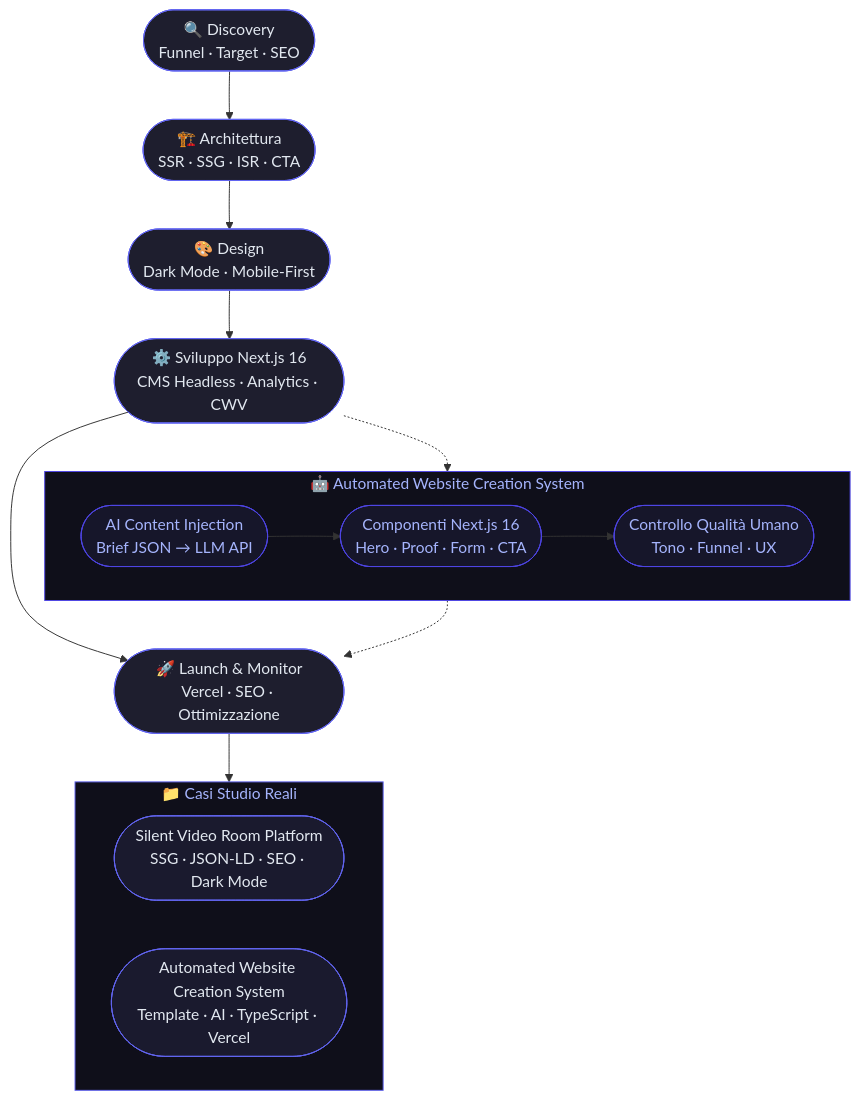
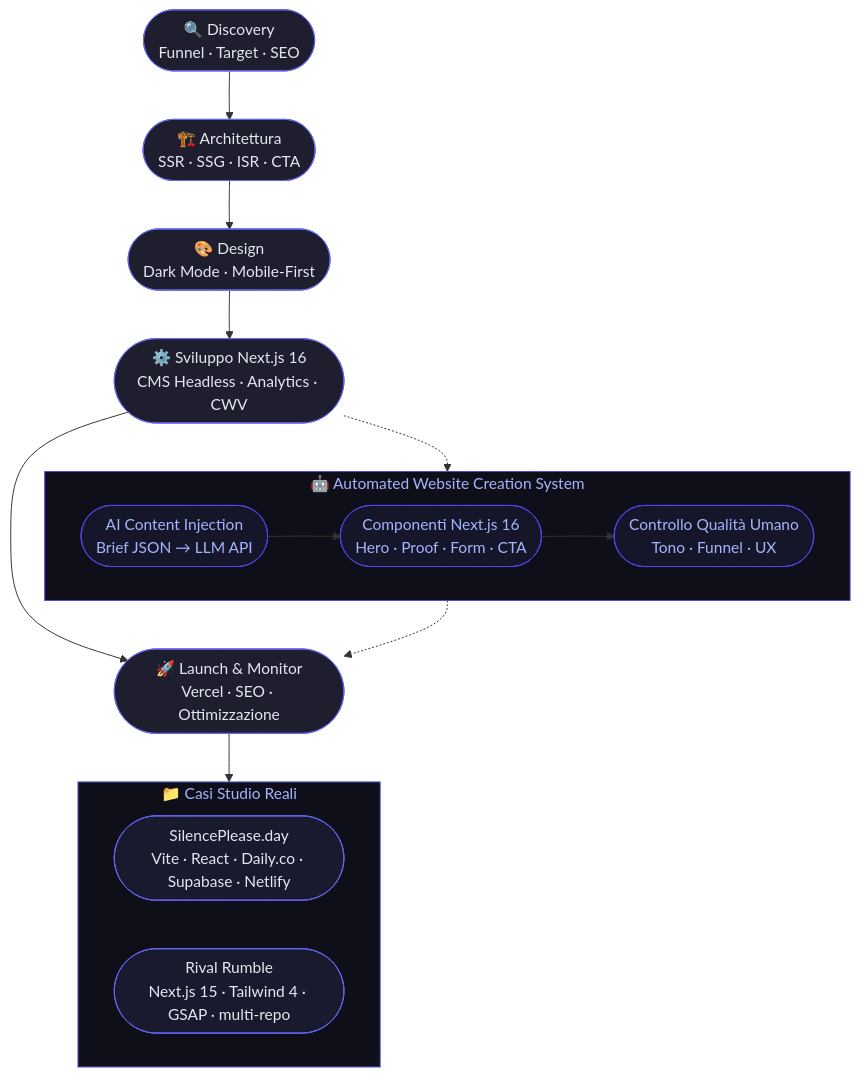
Before and after one commit to cryptogoldit/skalo-agency-guides: the diagram in guide/siti-web-conversione.md, drawn with Mermaid.

Commit message:
fix(siti-web-conversione): mermaid case studies con progetti e stack reali

````diff
--- a/guide/siti-web-conversione.md
+++ b/guide/siti-web-conversione.md
@@ -129,35 +129,35 @@
 ```mermaid
 flowchart TD
     A([🔍 Discovery\nFunnel · Target · SEO]) --> B([🏗️ Architettura\nSSR · SSG · ISR · CTA])
     B --> C([🎨 Design\nDark Mode · Mobile-First])
     C --> D([⚙️ Sviluppo Next.js 16\nCMS Headless · Analytics · CWV])
     D --> E([🚀 Launch & Monitor\nVercel · SEO · Ottimizzazione])
 
     subgraph AI["🤖 Automated Website Creation System"]
         F([AI Content Injection\nBrief JSON → LLM API]) --> G([Componenti Next.js 16\nHero · Proof · Form · CTA])
         G --> H([Controllo Qualità Umano\nTono · Funnel · UX])
     end
 
     D -.-> AI
     AI -.-> E
 
     subgraph CASES["📁 Casi Studio Reali"]
-        I([Silent Video Room Platform\nSSG · JSON-LD · SEO · Dark Mode])
-        J([Automated Website Creation System\nTemplate · AI · TypeScript · Vercel])
+        I([SilencePlease.day\nVite · React · Daily.co · Supabase · Netlify])
+        J([Rival Rumble\nNext.js 15 · Tailwind 4 · GSAP · multi-repo])
     end
 
     E --> CASES
 
     style A fill:#1e1e2e,stroke:#6366f1,color:#e2e8f0
     style B fill:#1e1e2e,stroke:#6366f1,color:#e2e8f0
     style C fill:#1e1e2e,stroke:#6366f1,color:#e2e8f0
     style D fill:#1e1e2e,stroke:#6366f1,color:#e2e8f0
     style E fill:#1e1e2e,stroke:#6366f1,color:#e2e8f0
     style F fill:#16162a,stroke:#4f46e5,color:#a5b4fc
     style G fill:#16162a,stroke:#4f46e5,color:#a5b4fc
     style H fill:#16162a,stroke:#4f46e5,color:#a5b4fc
     style I fill:#1a1a2e,stroke:#6366f1,color:#e2e8f0
     style J fill:#1a1a2e,stroke:#6366f1,color:#e2e8f0
     style AI fill:#0f0f1a,stroke:#4f46e5,color:#a5b4fc
     style CASES fill:#0f0f1a,stroke:#6366f1,color:#a5b4fc
 ```
````
